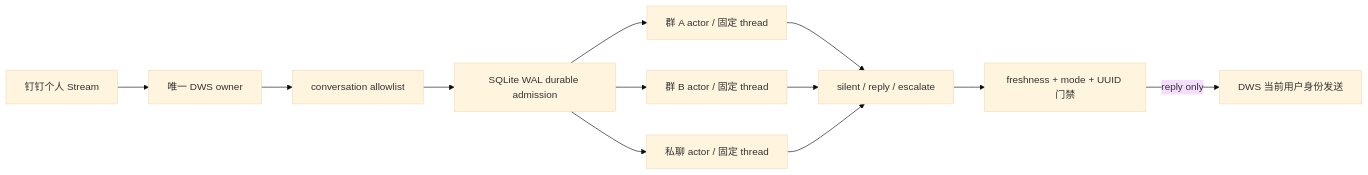
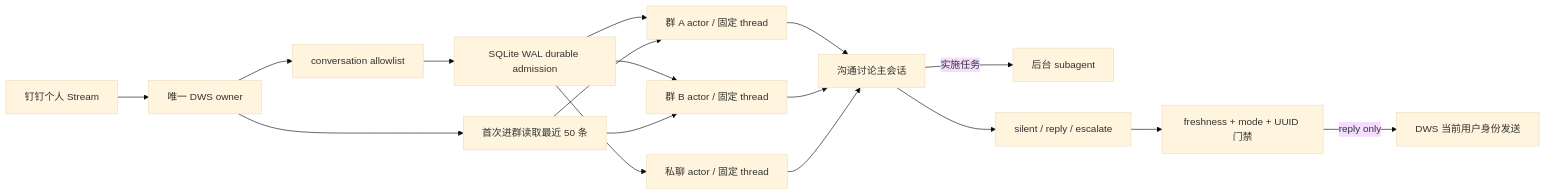
Before and after one commit to HiQ-AI/agent-channel-host: the diagram in README.md, drawn with Mermaid (base theme). The commit also changed other lines of this file and 16 other files, not shown here.

````diff
--- a/README.md
+++ b/README.md
@@ -9,14 +9,19 @@
 ```mermaid
 flowchart LR
   DT[钉钉个人 Stream] --> DWS[唯一 DWS owner]
   DWS --> Gate[conversation allowlist]
   Gate --> WAL[SQLite WAL durable admission]
   WAL --> A1[群 A actor / 固定 thread]
   WAL --> A2[群 B actor / 固定 thread]
   WAL --> DM[私聊 actor / 固定 thread]
-  A1 --> Decision[silent / reply / escalate]
-  A2 --> Decision
-  DM --> Decision
+  DWS --> History[首次进群读取最近 50 条]
+  History --> A1
+  History --> A2
+  A1 --> Main[沟通讨论主会话]
+  A2 --> Main
+  DM --> Main
+  Main -->|实施任务| Worker[后台 subagent]
+  Main --> Decision[silent / reply / escalate]
   Decision --> Fresh[freshness + mode + UUID 门禁]
   Fresh -->|reply only| Send[DWS 当前用户身份发送]
 ```
````
